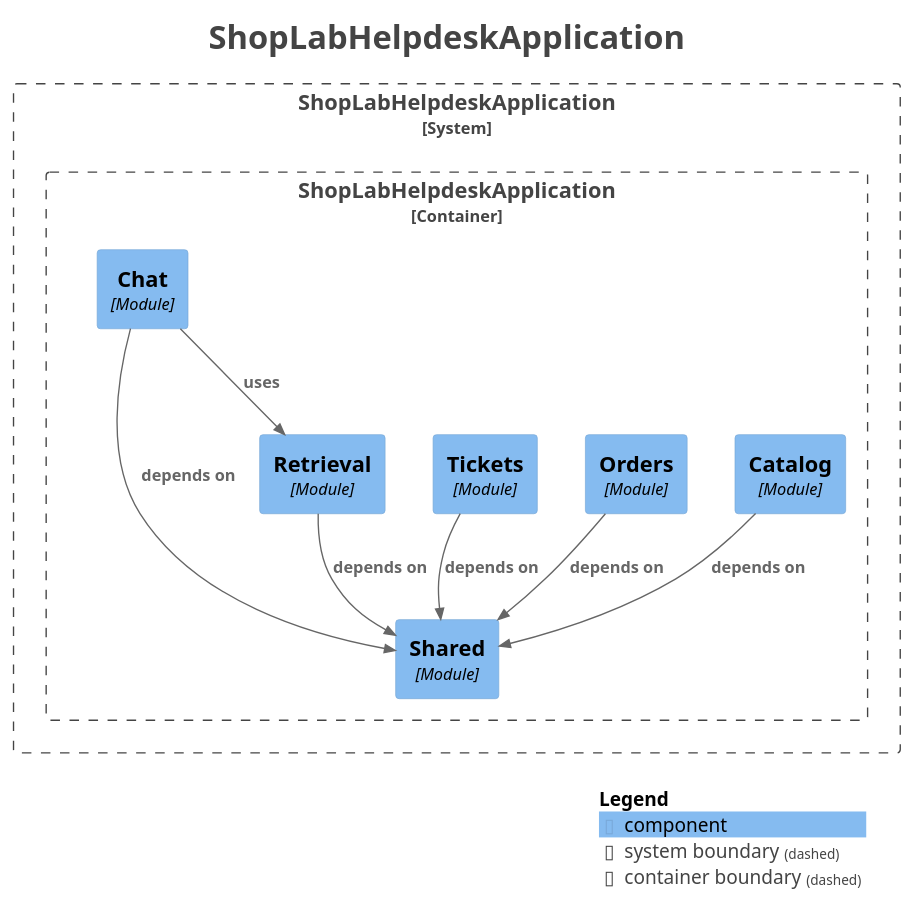
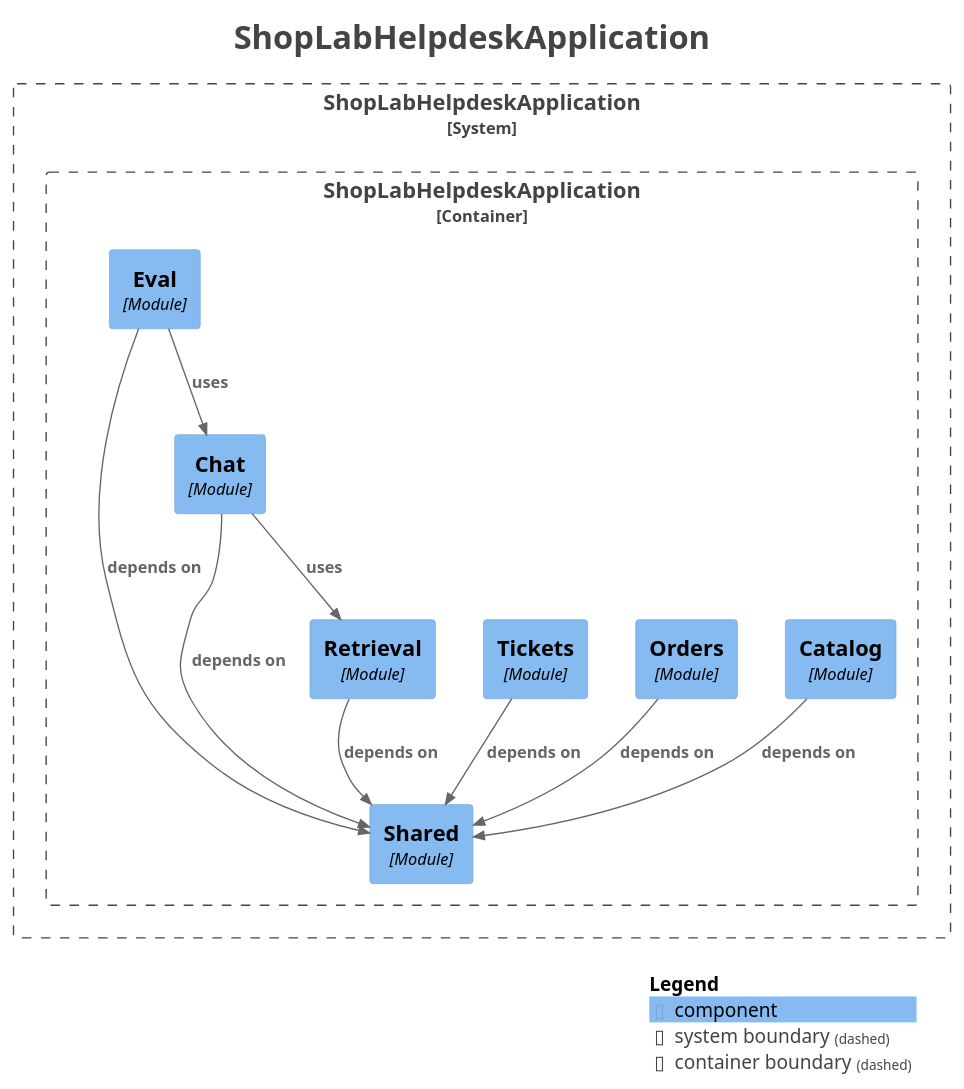
The diagram in docs/modulos/components.puml (leandroAmariles/shoplab-helpdesk), drawn with PlantUML before and after one commit. The commit also changed 123 other files, not shown here.

Commit message:
feat(eval): [LAB-31] persistencia de las ejecuciones de evaluación (#151)

```diff
--- a/docs/modulos/components.puml
+++ b/docs/modulos/components.puml
@@ -1,39 +1,42 @@
 @startuml
 title <size:24>ShopLabHelpdeskApplication</size>
 
 set separator none
 top to bottom direction
 
 <style>
   root {
     BackgroundColor: #ffffff
     FontColor: #444444
   }
 </style>
 
 !include <C4/C4>
 !include <C4/C4_Context>
 !include <C4/C4_Component>
 
 System_Boundary("ShopLabHelpdeskApplication_boundary", "ShopLabHelpdeskApplication", $tags="") {
   Container_Boundary("ShopLabHelpdeskApplication.ShopLabHelpdeskApplication_boundary", "ShopLabHelpdeskApplication", $tags="") {
     Component(ShopLabHelpdeskApplication.ShopLabHelpdeskApplication.Shared, "Shared", $techn="Module", $descr="", $tags="", $link="")
     Component(ShopLabHelpdeskApplication.ShopLabHelpdeskApplication.Catalog, "Catalog", $techn="Module", $descr="", $tags="", $link="")
     Component(ShopLabHelpdeskApplication.ShopLabHelpdeskApplication.Orders, "Orders", $techn="Module", $descr="", $tags="", $link="")
     Component(ShopLabHelpdeskApplication.ShopLabHelpdeskApplication.Retrieval, "Retrieval", $techn="Module", $descr="", $tags="", $link="")
     Component(ShopLabHelpdeskApplication.ShopLabHelpdeskApplication.Tickets, "Tickets", $techn="Module", $descr="", $tags="", $link="")
     Component(ShopLabHelpdeskApplication.ShopLabHelpdeskApplication.Chat, "Chat", $techn="Module", $descr="", $tags="", $link="")
+    Component(ShopLabHelpdeskApplication.ShopLabHelpdeskApplication.Eval, "Eval", $techn="Module", $descr="", $tags="", $link="")
   }
 
 }
 
 Rel(ShopLabHelpdeskApplication.ShopLabHelpdeskApplication.Catalog, ShopLabHelpdeskApplication.ShopLabHelpdeskApplication.Shared, "depends on", $techn="", $tags="", $link="")
 Rel(ShopLabHelpdeskApplication.ShopLabHelpdeskApplication.Chat, ShopLabHelpdeskApplication.ShopLabHelpdeskApplication.Retrieval, "uses", $techn="", $tags="", $link="")
 Rel(ShopLabHelpdeskApplication.ShopLabHelpdeskApplication.Chat, ShopLabHelpdeskApplication.ShopLabHelpdeskApplication.Shared, "depends on", $techn="", $tags="", $link="")
+Rel(ShopLabHelpdeskApplication.ShopLabHelpdeskApplication.Eval, ShopLabHelpdeskApplication.ShopLabHelpdeskApplication.Chat, "uses", $techn="", $tags="", $link="")
+Rel(ShopLabHelpdeskApplication.ShopLabHelpdeskApplication.Eval, ShopLabHelpdeskApplication.ShopLabHelpdeskApplication.Shared, "depends on", $techn="", $tags="", $link="")
 Rel(ShopLabHelpdeskApplication.ShopLabHelpdeskApplication.Orders, ShopLabHelpdeskApplication.ShopLabHelpdeskApplication.Shared, "depends on", $techn="", $tags="", $link="")
 Rel(ShopLabHelpdeskApplication.ShopLabHelpdeskApplication.Retrieval, ShopLabHelpdeskApplication.ShopLabHelpdeskApplication.Shared, "depends on", $techn="", $tags="", $link="")
 Rel(ShopLabHelpdeskApplication.ShopLabHelpdeskApplication.Tickets, ShopLabHelpdeskApplication.ShopLabHelpdeskApplication.Shared, "depends on", $techn="", $tags="", $link="")
 
 SHOW_LEGEND(true)
 hide stereotypes
 @enduml
```
